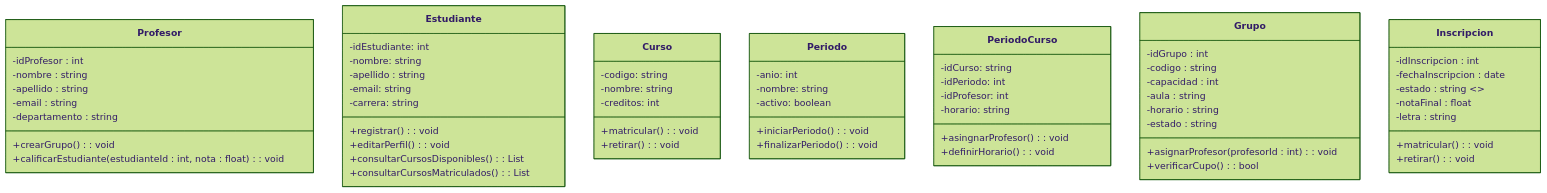
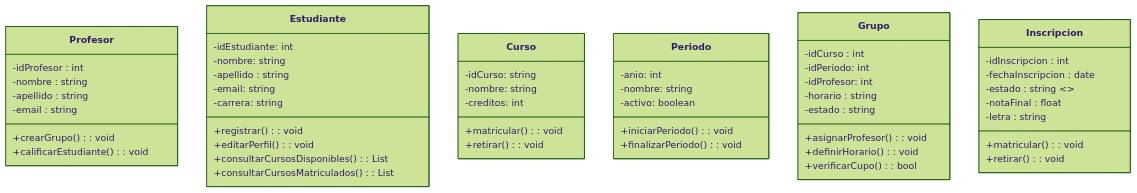
One commit to TOACR/II-51-Laboratorios changed the diagram in Lab01/Diagrama de clase.mmd. Above: the diagram before and after it, drawn with Mermaid (forest theme).

```diff
--- a/Lab01/Diagrama de clase.mmd
+++ b/Lab01/Diagrama de clase.mmd
@@ -1,83 +1,73 @@
 classDiagram
     class Profesor {
-       -idProfesor : int
-       -nombre : string
-       -apellido : string
-       -email : string
-       -departamento : string
-       +crearGrupo() : void
-       +calificarEstudiante(estudianteId : int, nota : float) : void
+        -idProfesor : int
+        -nombre : string
+        -apellido : string
+        -email : string
+        +crearGrupo() : void
+        +calificarEstudiante(): void
     }
 
     class Estudiante {
         -idEstudiante: int
         -nombre: string
         -apellido : string
         -email: string
         -carrera: string
         +registrar(): void
         +editarPerfil(): void
         +consultarCursosDisponibles(): List<Curso>
         +consultarCursosMatriculados(): List<Curso>
     }
  
     class Curso {
-        -codigo: string
+        -idCurso: string
         -nombre: string
         -creditos: int
         +matricular(): void
         +retirar(): void
     }
 
     class Periodo {
         -anio: int
         -nombre: string
         -activo: boolean
         +iniciarPeriodo(): void
         +finalizarPeriodo(): void
     }
 
-    class PeriodoCurso {
-        -idCurso: string
+    class Grupo {
+        -idCurso : int
         -idPeriodo: int
-        -idProfesor: int 
-        -horario: string
-        +asingnarProfesor(): void
+        -idProfesor: int
+        -horario : string
+        -estado : string
+        +asignarProfesor() : void
         +definirHorario(): void
-    }
-
-    class Grupo {
-      -idGrupo : int
-      -codigo : string
-      -capacidad : int
-      -aula : string
-      -horario : string
-      -estado : string
-      +asignarProfesor(profesorId : int) : void
-      +verificarCupo() : bool
+        +verificarCupo() : bool
     }
 
     class Inscripcion {
       -idInscripcion : int
       -fechaInscripcion : date
       -estado : string  <<ej: "Matriculado","Retirado">>
       -notaFinal : float
       -letra : string
       +matricular() : void
       +retirar() : void
     }
     %% Relaciones simplificadas con cardinalidades
 
     %%Curso "1" --> "*" Grupo : tiene
     %%Periodo "1" --> "*" Grupo : contiene
     %%Profesor "1" --> "0..*" Grupo : imparte
     %%Profesor "0..*" --> "0..*" Curso : puede_impartir
     %%Estudiante "1" --> "0..*" Inscripcion : realiza
     %%Grupo "1" --> "0..*" Inscripcion : recibe
     %%Inscripcion "*" --> "1" Estudiante
     %%Inscripcion "*" --> "1" Grupo
    
 
     %%Estudiante "1" --> "*" PeriodoCurso: matriculado en
     %%Curso "1" --> "*" Periodo : ofrecido en
     %%Periodo "1" --> PeriodoCurso : contiene
```
